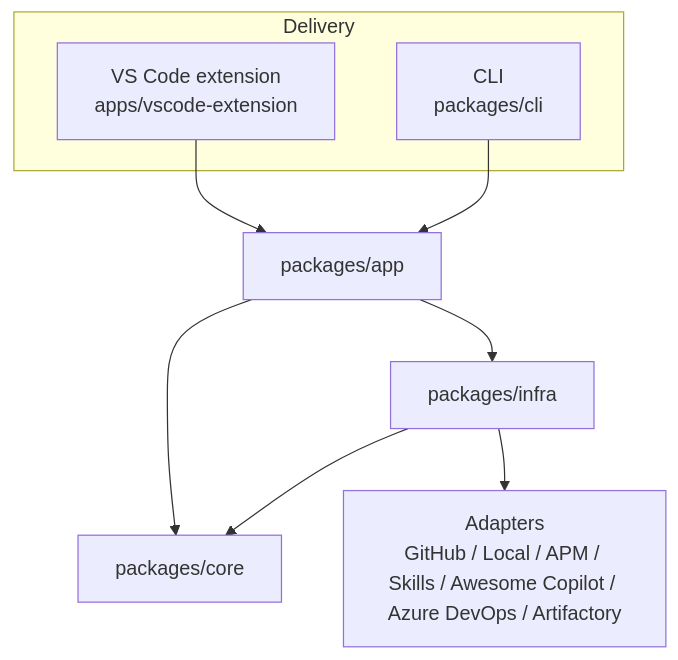
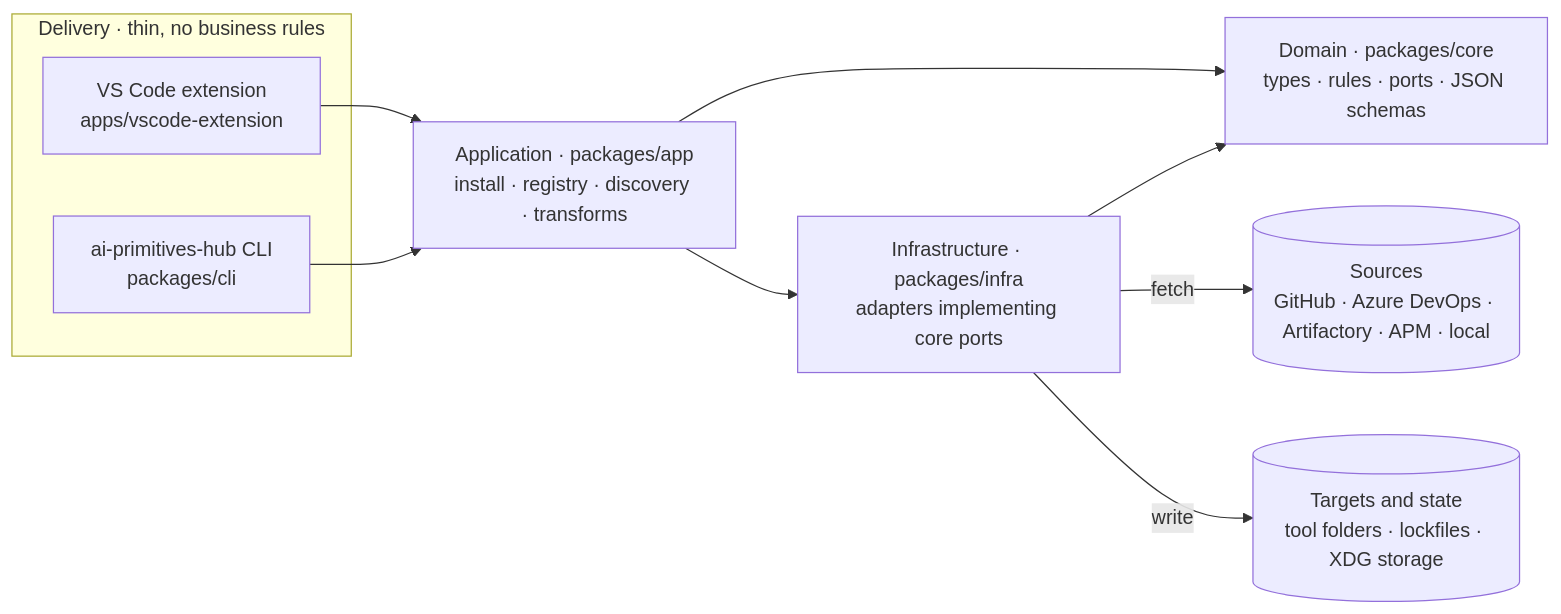
The diagram in README.md (AmadeusITGroup/ai-primitives-hub), drawn with Mermaid before and after one commit. The commit also changed other lines of this file, not shown here.

````diff
--- a/README.md
+++ b/README.md
@@ -215,13 +141,20 @@
 ```mermaid
-flowchart TD
-    subgraph "Delivery"
-        VSC[VS Code extension<br/>apps/vscode-extension]
-        CLI[CLI<br/>packages/cli]
+flowchart LR
+    subgraph Delivery["Delivery · thin, no business rules"]
+        VSC["VS Code extension<br/>apps/vscode-extension"]
+        CLI["ai-primitives-hub CLI<br/>packages/cli"]
     end
-    VSC --> APP[packages/app]
+    APP["Application · packages/app<br/>install · registry · discovery · transforms"]
+    INF["Infrastructure · packages/infra<br/>adapters implementing core ports"]
+    CORE["Domain · packages/core<br/>types · rules · ports · JSON schemas"]
+    SRC[("Sources<br/>GitHub · Azure DevOps · Artifactory · APM · local")]
+    OUT[("Targets and state<br/>tool folders · lockfiles · XDG storage")]
+
+    VSC --> APP
     CLI --> APP
-    APP --> CORE[packages/core]
-    APP --> INF[packages/infra]
+    APP --> INF
+    APP --> CORE
     INF --> CORE
-    INF --> AD[Adapters<br/>GitHub / Local / APM / Skills / Awesome Copilot / Azure DevOps / Artifactory]
+    INF -- fetch --> SRC
+    INF -- write --> OUT
 ```
````
